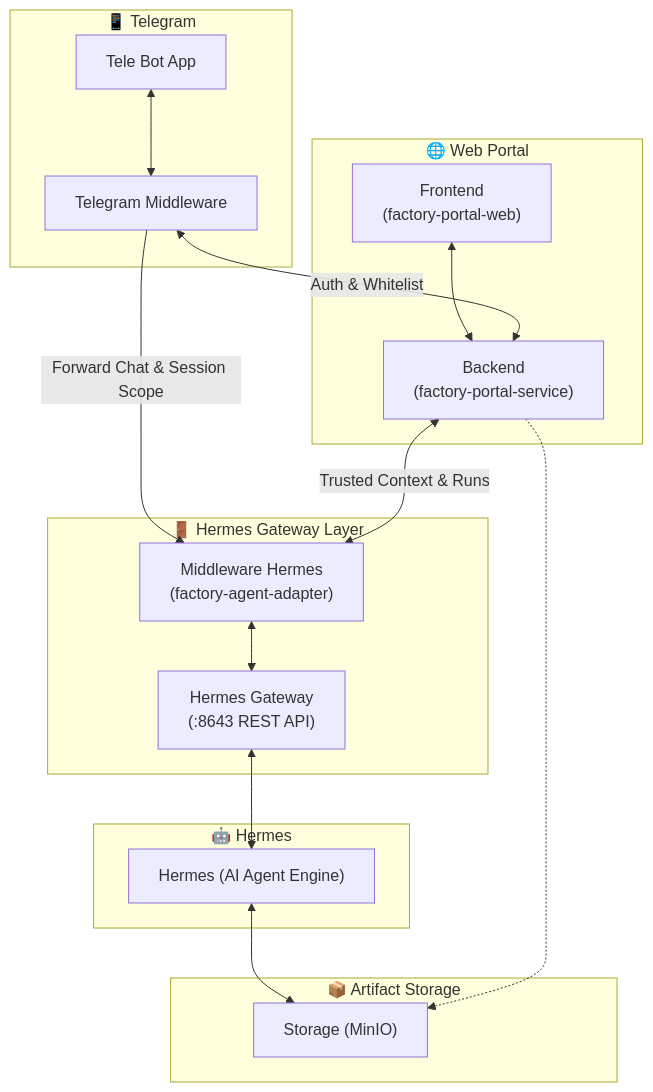
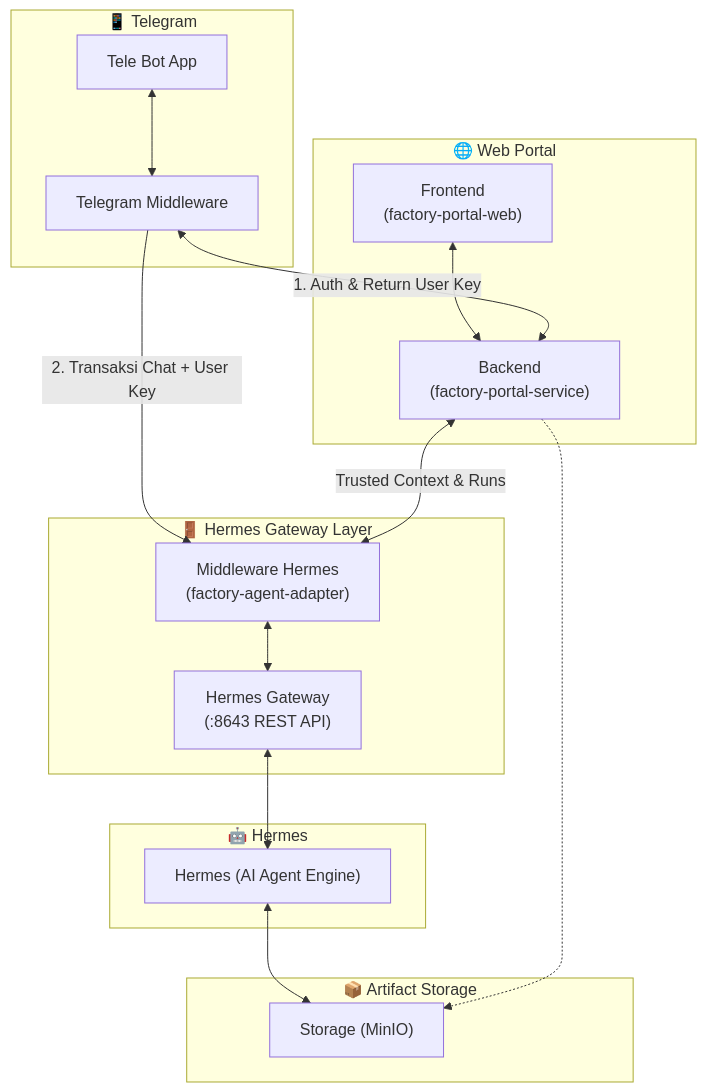
Before and after one commit to jovancamorris/assesment-tele: the diagram in README.md, drawn with Mermaid. The commit also changed 1 other file, not shown here.

Commit message:
feat: update auth user key flow to backend and add Task 1 breakdown

````diff
--- a/README.md
+++ b/README.md
@@ -25,36 +25,36 @@
 ```mermaid
 flowchart TD
     subgraph TelegramBox["📱 Telegram"]
         TeleBot["Tele Bot App"]
         TeleMW["Telegram Middleware"]
         TeleBot <--> TeleMW
     end
 
     subgraph WebPortalBox["🌐 Web Portal"]
         WebFE["Frontend<br/>(factory-portal-web)"]
         WebBE["Backend<br/>(factory-portal-service)"]
         WebFE <--> WebBE
     end
 
     subgraph HermesGatewayBox["🚪 Hermes Gateway Layer"]
         HMW["Middleware Hermes<br/>(factory-agent-adapter)"]
         HGW["Hermes Gateway<br/>(:8643 REST API)"]
         HMW <--> HGW
     end
 
     subgraph HermesCoreBox["🤖 Hermes"]
         HermesCore["Hermes (AI Agent Engine)"]
     end
 
     subgraph StorageBox["📦 Artifact Storage"]
         MinIO["Storage (MinIO)"]
     end
 
     %% Alur Komunikasi
-    TeleMW <-->|Auth & Whitelist| WebBE
-    TeleMW -->|Forward Chat & Session Scope| HMW
+    TeleMW <-->|1. Auth & Return User Key| WebBE
+    TeleMW -->|2. Transaksi Chat + User Key| HMW
     WebBE <-->|Trusted Context & Runs| HMW
     HGW <--> HermesCore
     HermesCore <--> MinIO
     WebBE -.-> MinIO
 ```
````
